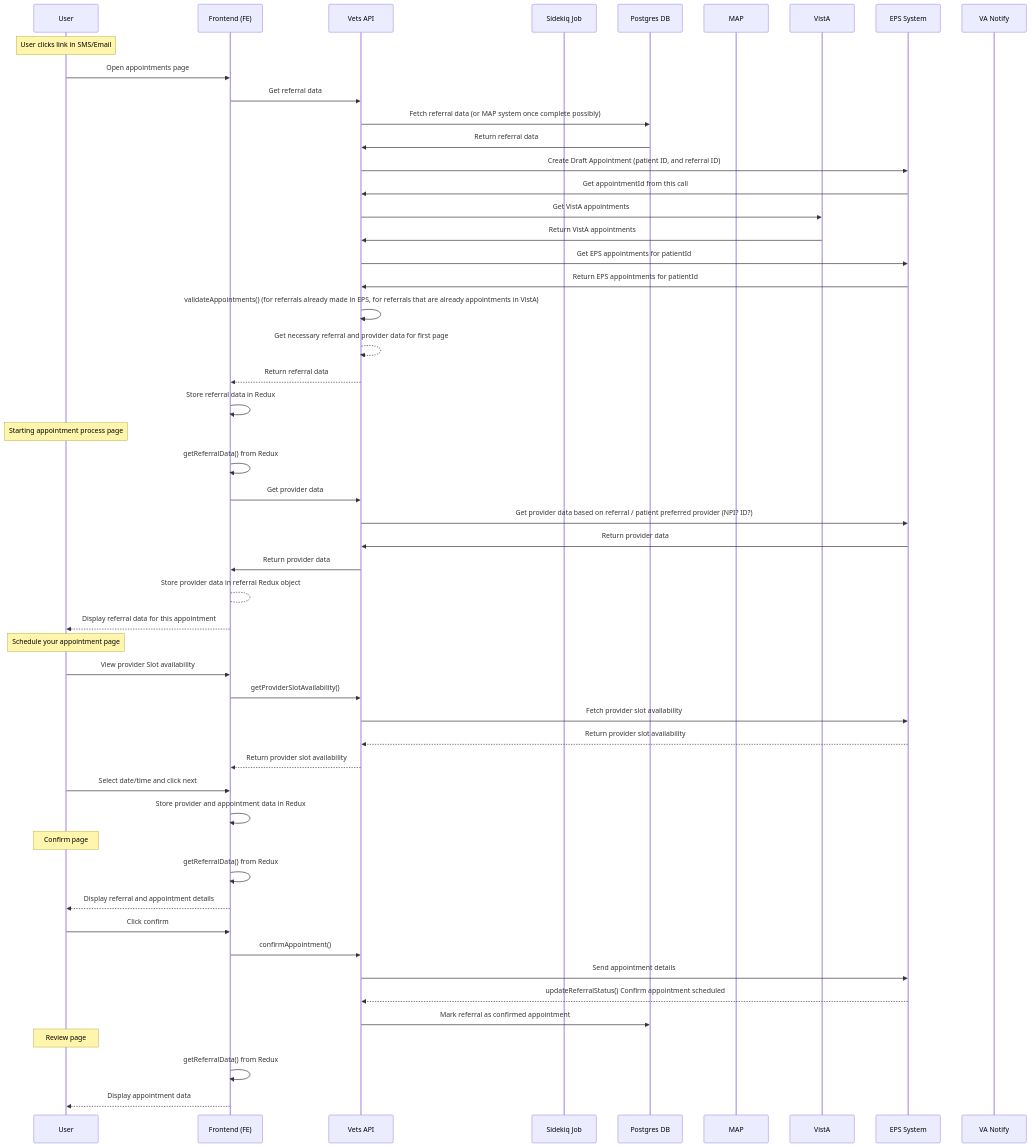
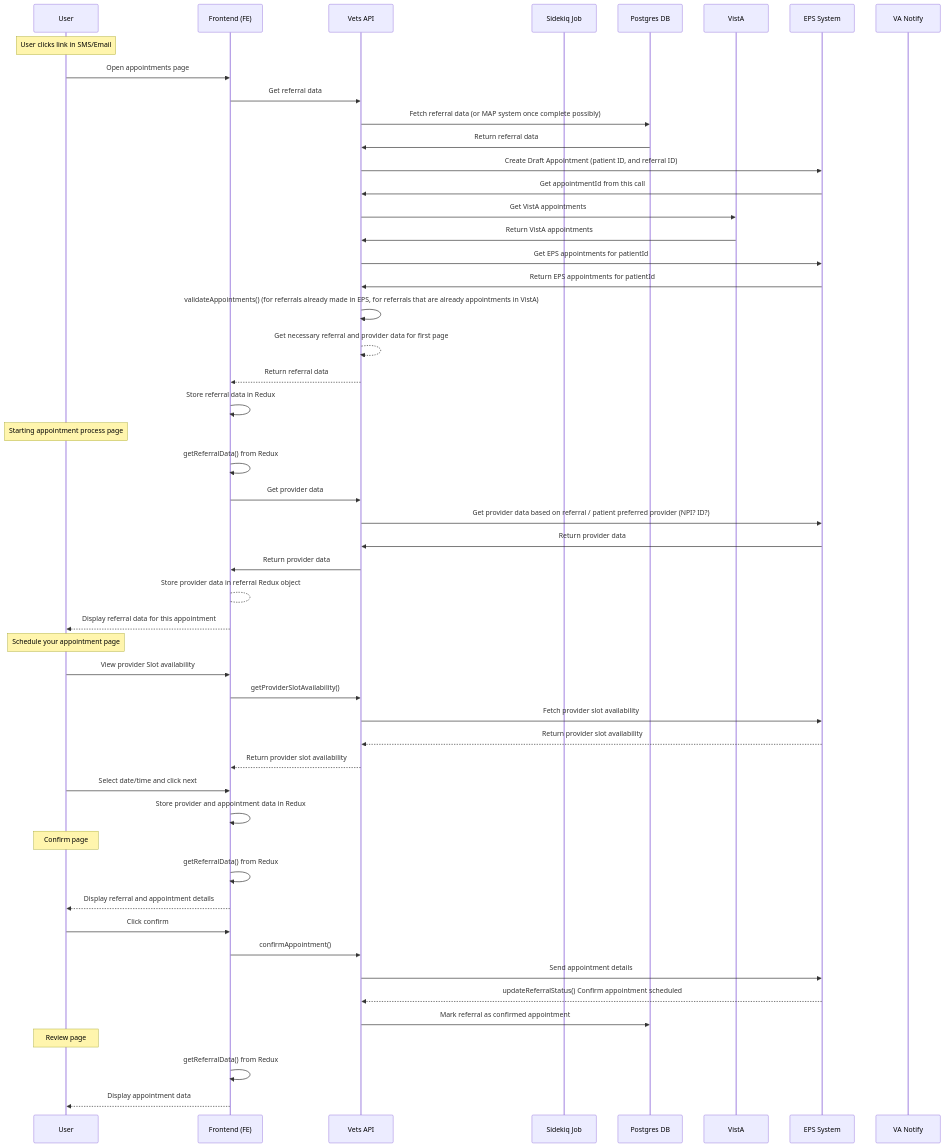
One commit to department-of-veterans-affairs/va.gov-team changed the fourth of 4 diagrams in products/health-care/appointments/va-online-scheduling/engineering/architecture/community-care-technical-documentation.md. Above: the diagram before and after it, drawn with Mermaid.

````diff
--- a/products/health-care/appointments/va-online-scheduling/engineering/architecture/community-care-technical-documentation.md
+++ b/products/health-care/appointments/va-online-scheduling/engineering/architecture/community-care-technical-documentation.md
@@ -134,60 +134,59 @@
 ```mermaid
 sequenceDiagram
     participant User
     participant Frontend as Frontend (FE)
     participant VetsAPI as Vets API
     participant Sidekiq as Sidekiq Job
     participant Postgres as Postgres DB
-    participant MAP as MAP
     participant VistA as VistA
     participant EPS as EPS System
     participant VA as VA Notify
 
     Note over User: User clicks link in SMS/Email
     User->>Frontend: Open appointments page
     Frontend->>VetsAPI: Get referral data
     VetsAPI->>Postgres: Fetch referral data (or MAP system once complete possibly)
     Postgres->>VetsAPI: Return referral data
     VetsAPI->>EPS: Create Draft Appointment (patient ID, and referral ID)
     EPS->>VetsAPI: Get appointmentId from this call
     VetsAPI->>VistA: Get VistA appointments
     VistA->>VetsAPI: Return VistA appointments
     VetsAPI->>EPS: Get EPS appointments for patientId
     EPS->>VetsAPI: Return EPS appointments for patientId
     VetsAPI->>VetsAPI: validateAppointments() (for referrals already made in EPS, for referrals that are already appointments in VistA)
     VetsAPI-->>VetsAPI: Get necessary referral and provider data for first page
     VetsAPI-->>Frontend: Return referral data
     Frontend->>Frontend: Store referral data in Redux
     
 
     Note over User: Starting appointment process page
     Frontend->>Frontend: getReferralData() from Redux
     Frontend->>VetsAPI: Get provider data
     VetsAPI->>EPS: Get provider data based on referral / patient preferred provider (NPI? ID?)
     EPS->>VetsAPI: Return provider data
     VetsAPI->>Frontend: Return provider data
     Frontend-->Frontend: Store provider data in referral Redux object
     Frontend-->>User: Display referral data for this appointment
 
     Note over User: Schedule your appointment page
     User->>Frontend: View provider Slot availability
     Frontend->>VetsAPI: getProviderSlotAvailability()
     VetsAPI->>EPS: Fetch provider slot availability
     EPS-->>VetsAPI: Return provider slot availability
     VetsAPI-->>Frontend: Return provider slot availability
     User->>Frontend: Select date/time and click next
     Frontend->>Frontend: Store provider and appointment data in Redux
 
     Note over User: Confirm page
     Frontend->>Frontend: getReferralData() from Redux
     Frontend-->>User: Display referral and appointment details
     User->>Frontend: Click confirm
     Frontend->>VetsAPI: confirmAppointment()
     VetsAPI->>EPS: Send appointment details
     EPS-->>VetsAPI: updateReferralStatus() Confirm appointment scheduled
     VetsAPI->>Postgres: Mark referral as confirmed appointment
 
     Note over User: Review page
     Frontend->>Frontend: getReferralData() from Redux
     Frontend-->>User: Display appointment data
 ```
````
